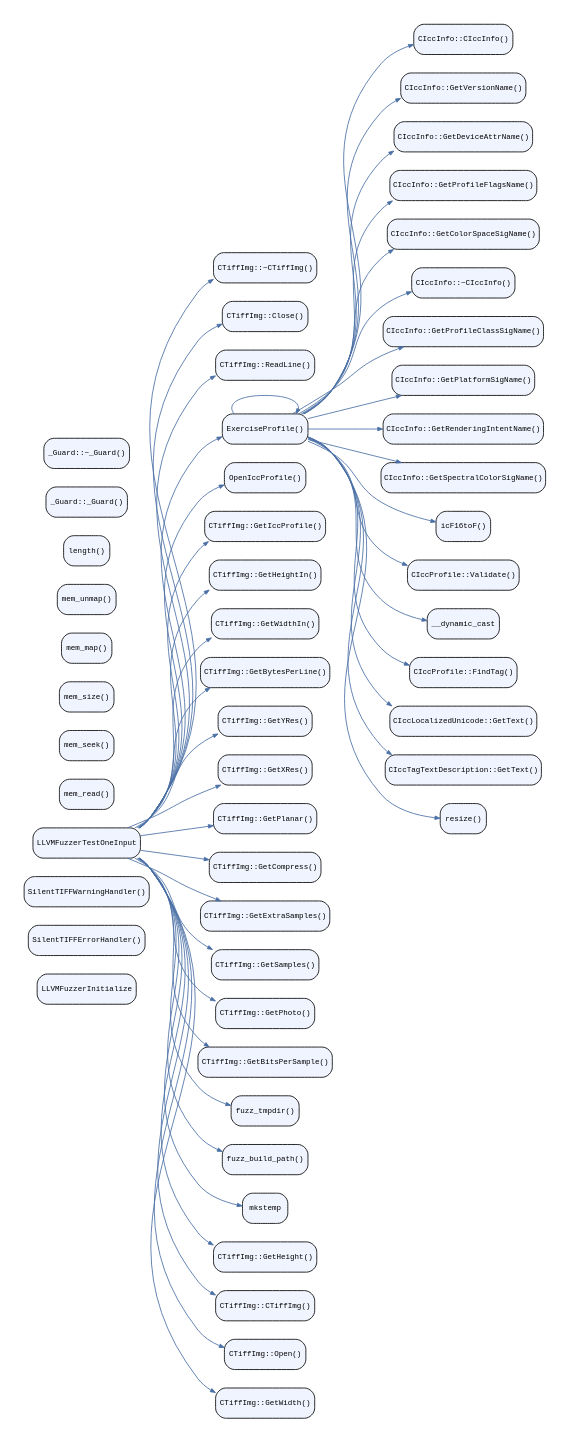
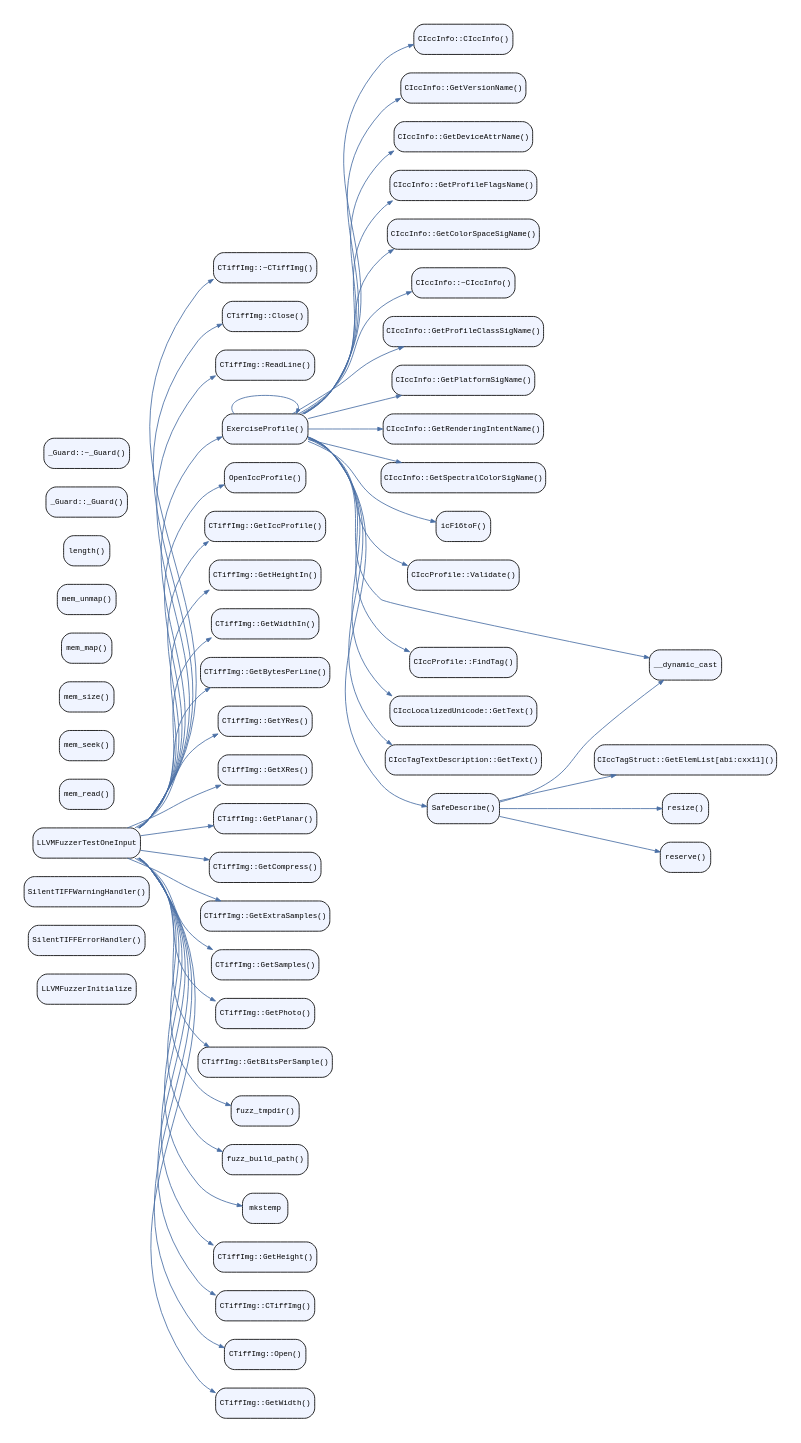
Before and after one commit to xsscx/research: the diagram in call-graph/cfl/icc_tiffdump_fuzzer-callgraph.dot, drawn with Graphviz. The commit also changed 32 other files, not shown here.

First line of the commit message:
call-graph: regenerate all 32 targets with AST + LLVM IR

```diff
--- a/call-graph/cfl/icc_tiffdump_fuzzer-callgraph.dot
+++ b/call-graph/cfl/icc_tiffdump_fuzzer-callgraph.dot
@@ -1,119 +1,127 @@
-digraph "Call graph: /home/h02332/po/research/call-graph/cfl/icc_tiffdump_fuzzer.ll" {
+digraph "Call graph: /home/xss/research/call-graph/cfl/icc_tiffdump_fuzzer.ll" {
 	// Clean graph styling — auto-sized for browser viewing
 	graph [
 		rankdir=LR,
 		nodesep=0.3,
 		ranksep=0.8,
 		fontname="Helvetica",
 		fontsize=10,
 		bgcolor="white",
 		pad=0.3
 	];
 	node [
 		shape=box,
 		style="rounded,filled",
 		fillcolor="#f0f4ff",
 		fontname="Courier",
 		fontsize=9,
 		margin="0.08,0.04"
 	];
 	edge [
 		color="#4a6fa5",
 		arrowsize=0.6
 	];
-	Node0x6015d58b4170 [label="LLVMFuzzerInitialize"];
-	Node0x6015d57c9460 [label="SilentTIFFErrorHandler()"];
-	Node0x6015d58a0910 [label="SilentTIFFWarningHandler()"];
-	Node0x6015d57ede70 [label="LLVMFuzzerTestOneInput"];
-	Node0x6015d57ede70 -> Node0x6015d58c9a50;
-	Node0x6015d57ede70 -> Node0x6015d58c9d90;
-	Node0x6015d57ede70 -> Node0x6015d58ca450;
-	Node0x6015d57ede70 -> Node0x6015d58c2a50;
-	Node0x6015d57ede70 -> Node0x6015d578ab70;
-	Node0x6015d57ede70 -> Node0x6015d58c9e10;
-	Node0x6015d57ede70 -> Node0x6015d58ca1d0;
-	Node0x6015d57ede70 -> Node0x6015d58c97d0;
-	Node0x6015d57ede70 -> Node0x6015d58c8dd0;
-	Node0x6015d57ede70 -> Node0x6015d58c92d0;
-	Node0x6015d57ede70 -> Node0x6015d58c9550;
-	Node0x6015d57ede70 -> Node0x6015d58c8b50;
-	Node0x6015d57ede70 -> Node0x6015d58c7df0;
-	Node0x6015d57ede70 -> Node0x6015d58c82f0;
-	Node0x6015d57ede70 -> Node0x6015d58c8570;
-	Node0x6015d57ede70 -> Node0x6015d58c78f0;
-	Node0x6015d57ede70 -> Node0x6015d58c5d70;
-	Node0x6015d57ede70 -> Node0x6015d58c3850;
-	Node0x6015d57ede70 -> Node0x6015d578b4e0;
-	Node0x6015d57ede70 -> Node0x6015d578b2b0;
-	Node0x6015d57ede70 -> Node0x6015d58c6de0;
-	Node0x6015d57ede70 -> Node0x6015d58c51b0;
-	Node0x6015d57ede70 -> Node0x6015d58c5f30;
-	Node0x6015d57ede70 -> Node0x6015d58c7670;
-	Node0x6015d58ca290 [label="mem_read()"];
-	Node0x6015d58c8f90 [label="mem_seek()"];
-	Node0x6015d58c79b0 [label="mem_size()"];
-	Node0x6015d58ccec0 [label="mem_map()"];
-	Node0x6015d58caeb0 [label="mem_unmap()"];
-	Node0x6015d578ab70 [label="OpenIccProfile()"];
-	Node0x6015d58c2a50 [label="ExerciseProfile()"];
-	Node0x6015d58c2a50 -> Node0x6015d58c6e60;
-	Node0x6015d58c2a50 -> Node0x6015d58cf7a0;
-	Node0x6015d58c2a50 -> Node0x6015d58d09a0;
-	Node0x6015d58c2a50 -> Node0x6015d58cff20;
-	Node0x6015d58c2a50 -> Node0x6015d58cfca0;
-	Node0x6015d58c2a50 -> Node0x6015d58d4520;
-	Node0x6015d58c2a50 -> Node0x6015d58cf660;
-	Node0x6015d58c2a50 -> Node0x6015d58d3060;
-	Node0x6015d58c2a50 -> Node0x6015d58d2de0;
-	Node0x6015d58c2a50 -> Node0x6015d58d13a0;
-	Node0x6015d58c2a50 -> Node0x6015d58d0ea0;
-	Node0x6015d58c2a50 -> Node0x6015d58c2a50;
-	Node0x6015d58c2a50 -> Node0x6015d58d3560;
-	Node0x6015d58c2a50 -> Node0x6015d58d51a0;
-	Node0x6015d58c2a50 -> Node0x6015d58d4be0;
-	Node0x6015d58c2a50 -> Node0x6015d58d4020;
-	Node0x6015d58c2a50 -> Node0x6015d58d55e0;
-	Node0x6015d58c2a50 -> Node0x6015d58d46e0;
-	Node0x6015d58c3850 [label="fuzz_tmpdir()"];
-	Node0x6015d578b4e0 [label="fuzz_build_path()"];
-	Node0x6015d578b2b0 [label="mkstemp"];
-	Node0x6015d58c51b0 [label="CTiffImg::CTiffImg()"];
-	Node0x6015d58c5f30 [label="CTiffImg::Open()"];
-	Node0x6015d58c7670 [label="CTiffImg::GetWidth()"];
-	Node0x6015d58e9ec0 [label="length()"];
-	Node0x6015d58c6de0 [label="CTiffImg::GetHeight()"];
-	Node0x6015d58c5d70 [label="CTiffImg::GetBitsPerSample()"];
-	Node0x6015d58c78f0 [label="CTiffImg::GetPhoto()"];
-	Node0x6015d58c8570 [label="CTiffImg::GetSamples()"];
-	Node0x6015d58c82f0 [label="CTiffImg::GetExtraSamples()"];
-	Node0x6015d58c7df0 [label="CTiffImg::GetCompress()"];
-	Node0x6015d58c8b50 [label="CTiffImg::GetPlanar()"];
-	Node0x6015d58c9550 [label="CTiffImg::GetXRes()"];
-	Node0x6015d58c92d0 [label="CTiffImg::GetYRes()"];
-	Node0x6015d58c8dd0 [label="CTiffImg::GetBytesPerLine()"];
-	Node0x6015d58c97d0 [label="CTiffImg::GetWidthIn()"];
-	Node0x6015d58ca1d0 [label="CTiffImg::GetHeightIn()"];
-	Node0x6015d58c9e10 [label="CTiffImg::GetIccProfile()"];
-	Node0x6015d58ca450 [label="CTiffImg::ReadLine()"];
-	Node0x6015d58c9d90 [label="CTiffImg::Close()"];
-	Node0x6015d58c9a50 [label="CTiffImg::~CTiffImg()"];
-	Node0x6015d58c6e60 [label="CIccInfo::CIccInfo()"];
-	Node0x6015d58cf7a0 [label="CIccInfo::GetVersionName()"];
-	Node0x6015d58d09a0 [label="CIccInfo::GetDeviceAttrName()"];
-	Node0x6015d58cff20 [label="CIccInfo::GetProfileFlagsName()"];
-	Node0x6015d58cfca0 [label="CIccInfo::GetColorSpaceSigName()"];
-	Node0x6015d58cf660 [label="CIccInfo::GetProfileClassSigName()"];
-	Node0x6015d58d3060 [label="CIccInfo::GetPlatformSigName()"];
-	Node0x6015d58d2de0 [label="CIccInfo::GetRenderingIntentName()"];
-	Node0x6015d58d13a0 [label="CIccInfo::GetSpectralColorSigName()"];
-	Node0x6015d58d0ea0 [label="icF16toF()"];
-	Node0x6015d58d3560 [label="CIccProfile::Validate()"];
-	Node0x6015d58d4be0 [label="CIccProfile::FindTag()"];
-	Node0x6015d58d46e0 [label="resize()"];
-	Node0x6015d58d51a0 [label="__dynamic_cast"];
-	Node0x6015d58d55e0 [label="CIccTagTextDescription::GetText()"];
-	Node0x6015d58d4020 [label="CIccLocalizedUnicode::GetText()"];
-	Node0x6015d58d4520 [label="CIccInfo::~CIccInfo()"];
-	Node0x6015d58ef0d0 [label="_Guard::_Guard()"];
-	Node0x6015d58f6bf0 [label="_Guard::~_Guard()"];
+
+	Node0x613c80825e80 [label="LLVMFuzzerInitialize"];
+	Node0x613c80887820 [label="SilentTIFFErrorHandler()"];
+	Node0x613c8076b540 [label="SilentTIFFWarningHandler()"];
+	Node0x613c8076b460 [label="LLVMFuzzerTestOneInput"];
+	Node0x613c8076b460 -> Node0x613c808c98c0;
+	Node0x613c8076b460 -> Node0x613c80822680;
+	Node0x613c8076b460 -> Node0x613c808c9700;
+	Node0x613c8076b460 -> Node0x613c8076f460;
+	Node0x613c8076b460 -> Node0x613c8076fcb0;
+	Node0x613c8076b460 -> Node0x613c808c9b40;
+	Node0x613c8076b460 -> Node0x613c808c9dc0;
+	Node0x613c8076b460 -> Node0x613c808c93c0;
+	Node0x613c8076b460 -> Node0x613c808c8c40;
+	Node0x613c8076b460 -> Node0x613c808c8ec0;
+	Node0x613c8076b460 -> Node0x613c808c9140;
+	Node0x613c8076b460 -> Node0x613c808c8740;
+	Node0x613c8076b460 -> Node0x613c808c7c60;
+	Node0x613c8076b460 -> Node0x613c808c8240;
+	Node0x613c8076b460 -> Node0x613c808c84c0;
+	Node0x613c8076b460 -> Node0x613c808c79e0;
+	Node0x613c8076b460 -> Node0x613c808c6750;
+	Node0x613c8076b460 -> Node0x613c80770920;
+	Node0x613c8076b460 -> Node0x613c808c4030;
+	Node0x613c8076b460 -> Node0x613c80770550;
+	Node0x613c8076b460 -> Node0x613c808c6fe0;
+	Node0x613c8076b460 -> Node0x613c808c4e20;
+	Node0x613c8076b460 -> Node0x613c808c5f50;
+	Node0x613c8076b460 -> Node0x613c808c74e0;
+	Node0x613c808c81c0 [label="mem_read()"];
+	Node0x613c808c7820 [label="mem_seek()"];
+	Node0x613c808ca5a0 [label="mem_size()"];
+	Node0x613c808ccbf0 [label="mem_map()"];
+	Node0x613c808cc970 [label="mem_unmap()"];
+	Node0x613c8076fcb0 [label="OpenIccProfile()"];
+	Node0x613c8076f460 [label="ExerciseProfile()"];
+	Node0x613c8076f460 -> Node0x613c808cc5b0;
+	Node0x613c8076f460 -> Node0x613c808cf610;
+	Node0x613c8076f460 -> Node0x613c808d06d0;
+	Node0x613c8076f460 -> Node0x613c808d0310;
+	Node0x613c8076f460 -> Node0x613c808cf9d0;
+	Node0x613c8076f460 -> Node0x613c808d2810;
+	Node0x613c8076f460 -> Node0x613c808cf4d0;
+	Node0x613c8076f460 -> Node0x613c808d2c50;
+	Node0x613c8076f460 -> Node0x613c808d29d0;
+	Node0x613c8076f460 -> Node0x613c808d2750;
+	Node0x613c8076f460 -> Node0x613c808d0f90;
+	Node0x613c8076f460 -> Node0x613c8076f460;
+	Node0x613c8076f460 -> Node0x613c808d3150;
+	Node0x613c8076f460 -> Node0x613c808d42d0;
+	Node0x613c8076f460 -> Node0x613c808d47d0;
+	Node0x613c8076f460 -> Node0x613c808c7320;
+	Node0x613c8076f460 -> Node0x613c808d4110;
+	Node0x613c8076f460 -> Node0x613c808d4550;
+	Node0x613c80770920 [label="fuzz_tmpdir()"];
+	Node0x613c808c4030 [label="fuzz_build_path()"];
+	Node0x613c80770550 [label="mkstemp"];
+	Node0x613c808c4e20 [label="CTiffImg::CTiffImg()"];
+	Node0x613c808c5f50 [label="CTiffImg::Open()"];
+	Node0x613c808d71b0 [label="length()"];
+	Node0x613c808c74e0 [label="CTiffImg::GetWidth()"];
+	Node0x613c808c6fe0 [label="CTiffImg::GetHeight()"];
+	Node0x613c808c6750 [label="CTiffImg::GetBitsPerSample()"];
+	Node0x613c808c79e0 [label="CTiffImg::GetPhoto()"];
+	Node0x613c808c84c0 [label="CTiffImg::GetSamples()"];
+	Node0x613c808c8240 [label="CTiffImg::GetExtraSamples()"];
+	Node0x613c808c7c60 [label="CTiffImg::GetCompress()"];
+	Node0x613c808c8740 [label="CTiffImg::GetPlanar()"];
+	Node0x613c808c9140 [label="CTiffImg::GetXRes()"];
+	Node0x613c808c8ec0 [label="CTiffImg::GetYRes()"];
+	Node0x613c808c8c40 [label="CTiffImg::GetBytesPerLine()"];
+	Node0x613c808c93c0 [label="CTiffImg::GetWidthIn()"];
+	Node0x613c808c9dc0 [label="CTiffImg::GetHeightIn()"];
+	Node0x613c808c9b40 [label="CTiffImg::GetIccProfile()"];
+	Node0x613c808c9700 [label="CTiffImg::ReadLine()"];
+	Node0x613c80822680 [label="CTiffImg::Close()"];
+	Node0x613c808c98c0 [label="CTiffImg::~CTiffImg()"];
+	Node0x613c808cc5b0 [label="CIccInfo::CIccInfo()"];
+	Node0x613c808cf610 [label="CIccInfo::GetVersionName()"];
+	Node0x613c808d06d0 [label="CIccInfo::GetDeviceAttrName()"];
+	Node0x613c808d0310 [label="CIccInfo::GetProfileFlagsName()"];
+	Node0x613c808cf9d0 [label="CIccInfo::GetColorSpaceSigName()"];
+	Node0x613c808cf4d0 [label="CIccInfo::GetProfileClassSigName()"];
+	Node0x613c808d2c50 [label="CIccInfo::GetPlatformSigName()"];
+	Node0x613c808d29d0 [label="CIccInfo::GetRenderingIntentName()"];
+	Node0x613c808d2750 [label="CIccInfo::GetSpectralColorSigName()"];
+	Node0x613c808d0f90 [label="icF16toF()"];
+	Node0x613c808d3150 [label="CIccProfile::Validate()"];
+	Node0x613c808d47d0 [label="CIccProfile::FindTag()"];
+	Node0x613c808d4550 [label="SafeDescribe()"];
+	Node0x613c808d4550 -> Node0x613c808d42d0;
+	Node0x613c808d4550 -> Node0x613c808edd70;
+	Node0x613c808d4550 -> Node0x613c808f0810;
+	Node0x613c808d4550 -> Node0x613c808f29b0;
+	Node0x613c808d42d0 [label="__dynamic_cast"];
+	Node0x613c808d4110 [label="CIccTagTextDescription::GetText()"];
+	Node0x613c808c7320 [label="CIccLocalizedUnicode::GetText()"];
+	Node0x613c808d2810 [label="CIccInfo::~CIccInfo()"];
+	Node0x613c808f6c60 [label="_Guard::_Guard()"];
+	Node0x613c808d4250 [label="_Guard::~_Guard()"];
+	Node0x613c808edd70 [label="CIccTagStruct::GetElemList[abi:cxx11]()"];
+	Node0x613c808f29b0 [label="reserve()"];
+	Node0x613c808f0810 [label="resize()"];
 }
```
